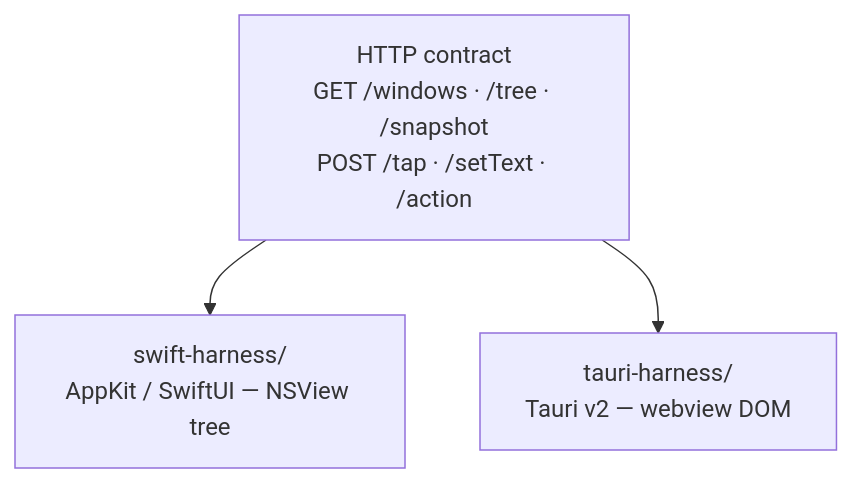
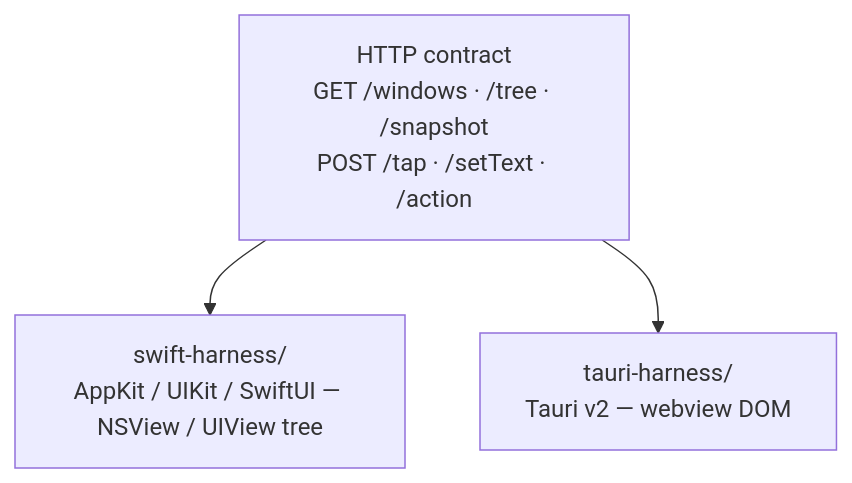
Before and after one commit to thangduonghuu/macos-ui-mcp: the second of 3 diagrams in README.md, drawn with Mermaid. The commit also changed other lines of this file and 41 other files, not shown here.

````diff
--- a/README.md
+++ b/README.md
@@ -29,6 +30,6 @@
 ```mermaid
 flowchart TB
     Contract["HTTP contract\nGET /windows · /tree · /snapshot\nPOST /tap · /setText · /action"]
-    Contract --> Swift["swift-harness/\nAppKit / SwiftUI — NSView tree"]
+    Contract --> Swift["swift-harness/\nAppKit / UIKit / SwiftUI — NSView / UIView tree"]
     Contract --> Tauri["tauri-harness/\nTauri v2 — webview DOM"]
 ```
````
